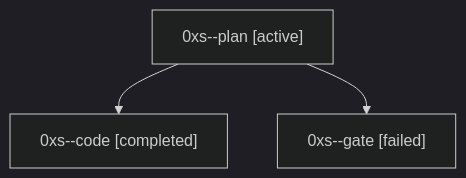
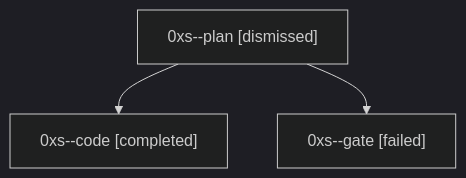
One commit to bobs-org/bob-cli--agents changed the diagram in sessions/bbugyi200.athena.0xs.md. Above: the diagram before and after it, drawn with Mermaid (dark theme). The commit also changed other lines of this file and 15 other files, not shown here.

````diff
--- a/sessions/bbugyi200.athena.0xs.md
+++ b/sessions/bbugyi200.athena.0xs.md
@@ -9,8 +9,8 @@
 ```mermaid
 flowchart TD
-  n0["0xs--plan [active]"]
+  n0["0xs--plan [dismissed]"]
   n1["0xs--code [completed]"]
   n0 --> n1
   n2["0xs--gate [failed]"]
   n0 --> n2
 ```
````
